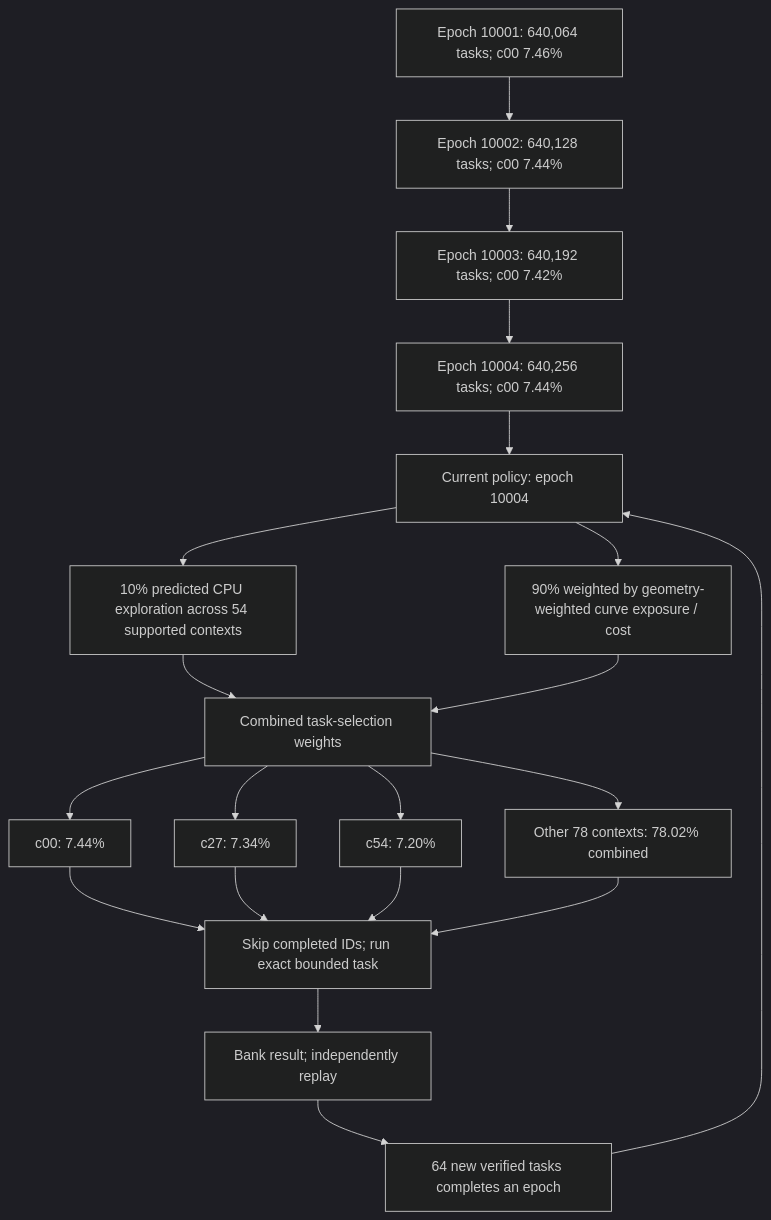
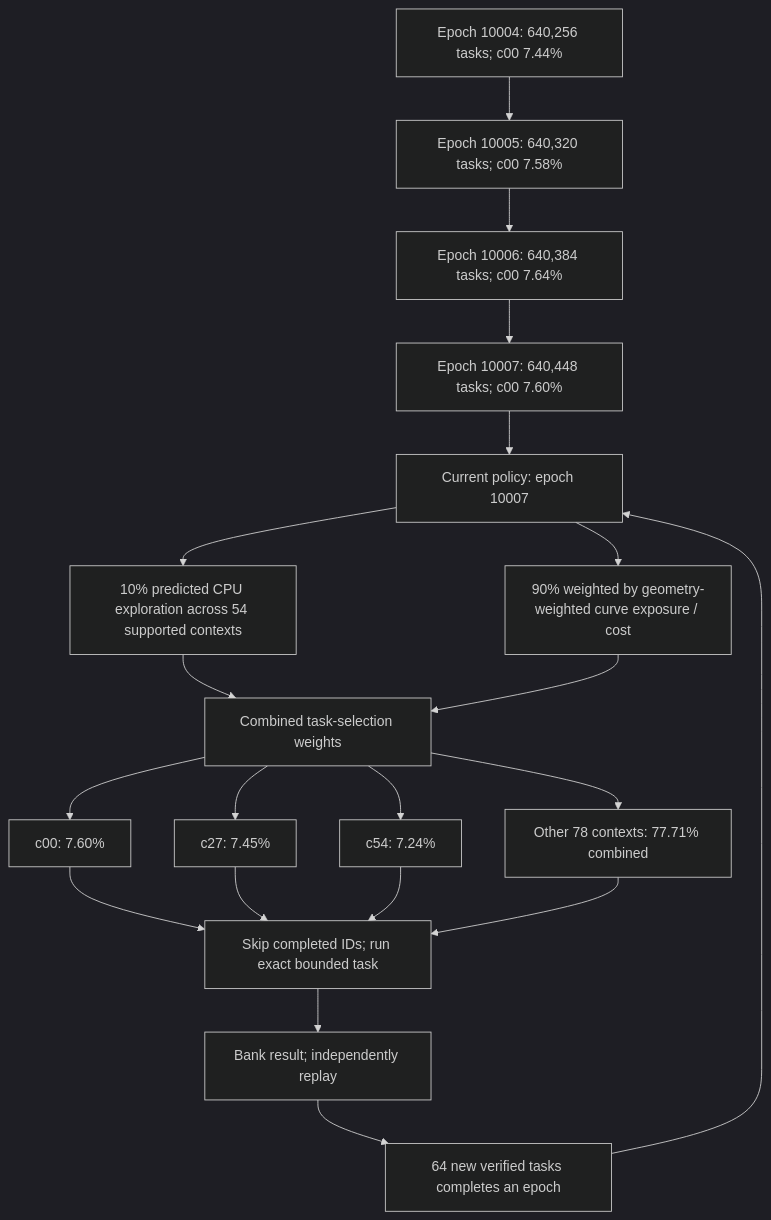
Before and after one commit to Kuberwastaken/math-gambling: the first of 4 diagrams in README.md, drawn with Mermaid (dark theme). The commit also changed other lines of this file and 577 other files, not shown here.

````diff
--- a/README.md
+++ b/README.md
@@ -60,27 +60,27 @@
 ```mermaid
 flowchart TD
-    H0["Epoch 10001: 640,064 tasks; c00 7.46%"]
-    H1["Epoch 10002: 640,128 tasks; c00 7.44%"]
+    H0["Epoch 10004: 640,256 tasks; c00 7.44%"]
+    H1["Epoch 10005: 640,320 tasks; c00 7.58%"]
     H0 --> H1
-    H2["Epoch 10003: 640,192 tasks; c00 7.42%"]
+    H2["Epoch 10006: 640,384 tasks; c00 7.64%"]
     H1 --> H2
-    H3["Epoch 10004: 640,256 tasks; c00 7.44%"]
+    H3["Epoch 10007: 640,448 tasks; c00 7.60%"]
     H2 --> H3
-    Policy["Current policy: epoch 10004"]
+    Policy["Current policy: epoch 10007"]
     H3 --> Policy
     Policy --> Explore["10% predicted CPU exploration across 54 supported contexts"]
     Policy --> Cost["90% weighted by geometry-weighted curve exposure / cost"]
     Explore --> Mix["Combined task-selection weights"]
     Cost --> Mix
-    Mix --> C0["c00: 7.44%"]
-    Mix --> C1["c27: 7.34%"]
-    Mix --> C2["c54: 7.20%"]
-    Mix --> Rest["Other 78 contexts: 78.02% combined"]
+    Mix --> C0["c00: 7.60%"]
+    Mix --> C1["c27: 7.45%"]
+    Mix --> C2["c54: 7.24%"]
+    Mix --> Rest["Other 78 contexts: 77.71% combined"]
     C0 --> Check["Skip completed IDs; run exact bounded task"]
     C1 --> Check
     C2 --> Check
     Rest --> Check
     Check --> Replay["Bank result; independently replay"]
     Replay --> Gate["64 new verified tasks completes an epoch"]
     Gate --> Policy
 ```
````
